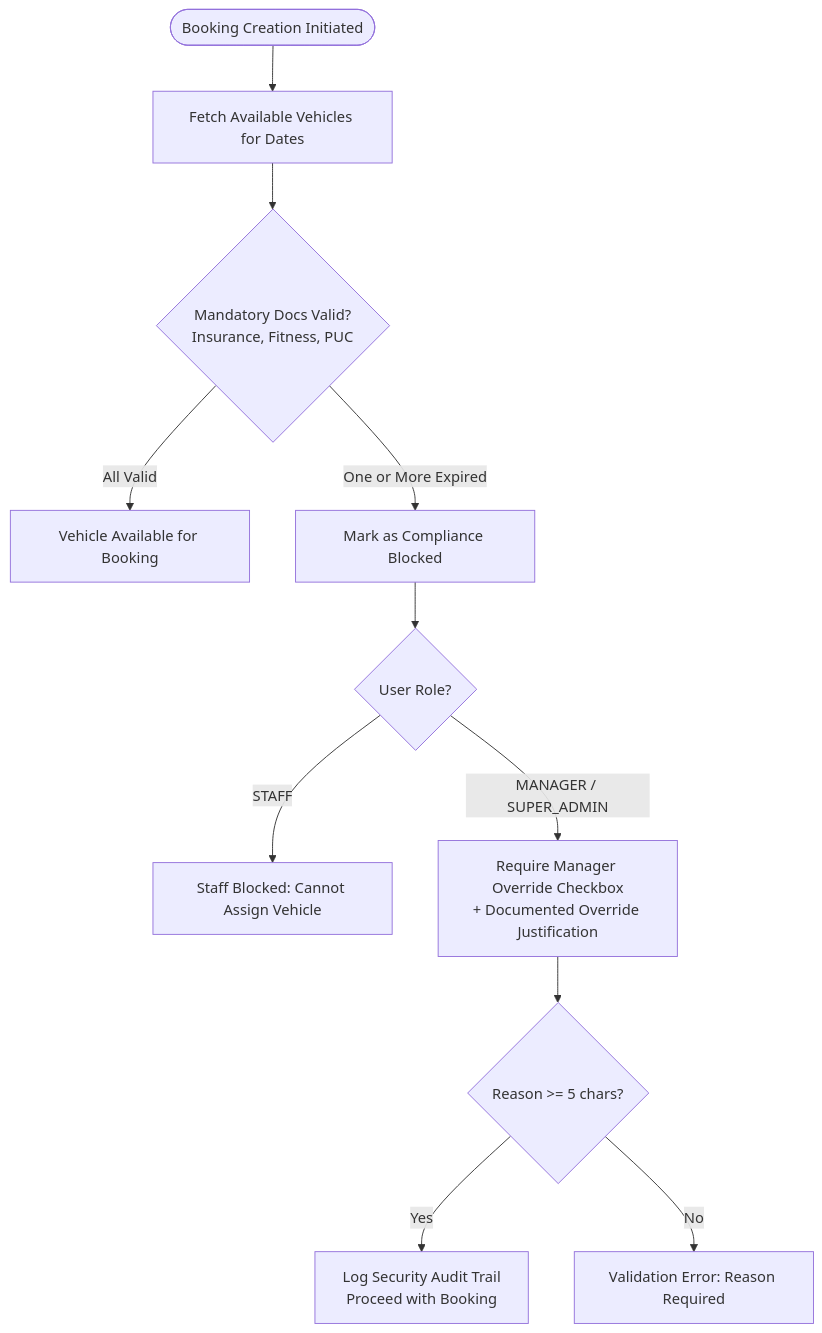
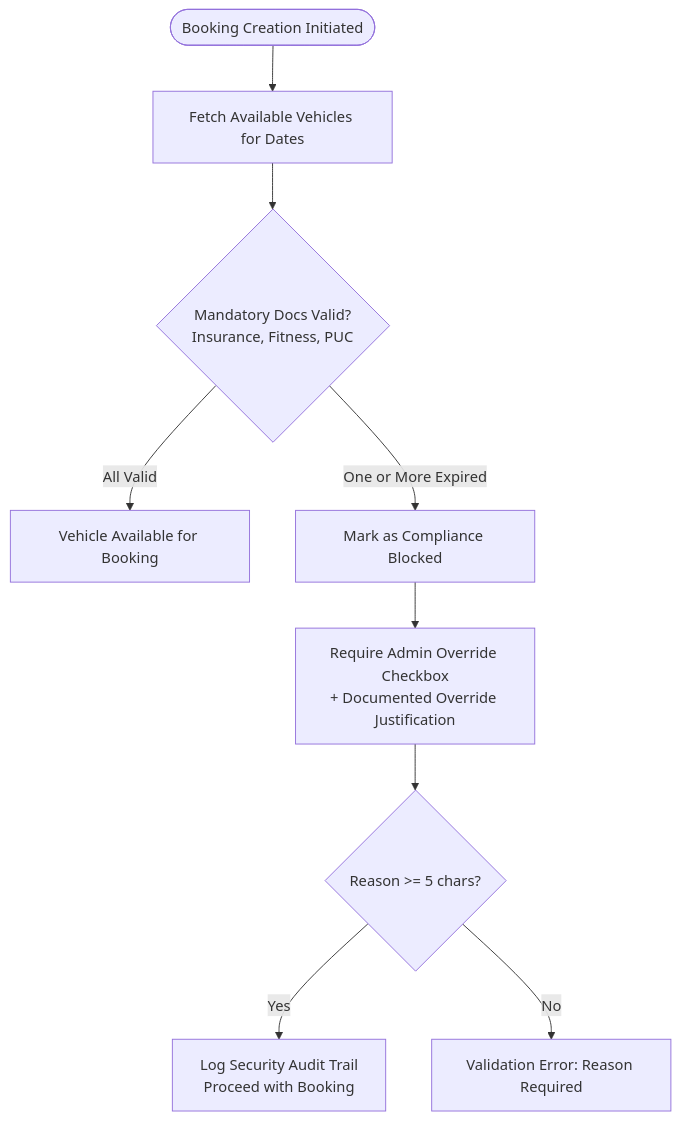
One commit to Fahim426/drivepulse-rentals changed the second of 5 diagrams in SYSTEM_WORKFLOW_AND_ARCHITECTURE_GUIDE.md. Above: the diagram before and after it, drawn with Mermaid. The commit also changed other lines of this file and 39 other files, not shown here.

Commit message:
feat: AI-powered fleet copilot, daily operations briefing, clean single admin architecture, multi-category vehicles, and zero-cost production deployment configuration

````diff
--- a/SYSTEM_WORKFLOW_AND_ARCHITECTURE_GUIDE.md
+++ b/SYSTEM_WORKFLOW_AND_ARCHITECTURE_GUIDE.md
@@ -119,13 +120,11 @@
 ```mermaid
 flowchart TD
     Start([Booking Creation Initiated]) --> FetchCandidate[Fetch Available Vehicles for Dates]
     FetchCandidate --> CheckDocs{Mandatory Docs Valid?\nInsurance, Fitness, PUC}
     CheckDocs -- All Valid --> AllowBooking[Vehicle Available for Booking]
     CheckDocs -- One or More Expired --> FlagBlocked[Mark as Compliance Blocked]
-    FlagBlocked --> CheckUserRole{User Role?}
-    CheckUserRole -- STAFF --> BlockStaff[Staff Blocked: Cannot Assign Vehicle]
-    CheckUserRole -- MANAGER / SUPER_ADMIN --> RequireOverride[Require Manager Override Checkbox\n+ Documented Override Justification]
+    FlagBlocked --> RequireOverride[Require Admin Override Checkbox\n+ Documented Override Justification]
     RequireOverride --> OverrideProvided{Reason >= 5 chars?}
     OverrideProvided -- Yes --> LogAudit[Log Security Audit Trail\nProceed with Booking]
-    OverrideProvided -- No --> BlockManager[Validation Error: Reason Required]
+    OverrideProvided -- No --> BlockAdmin[Validation Error: Reason Required]
 ```
````
